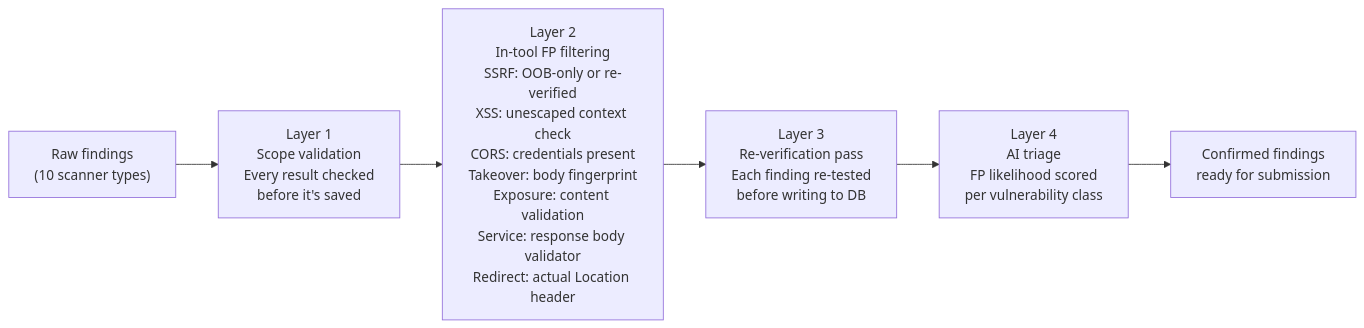
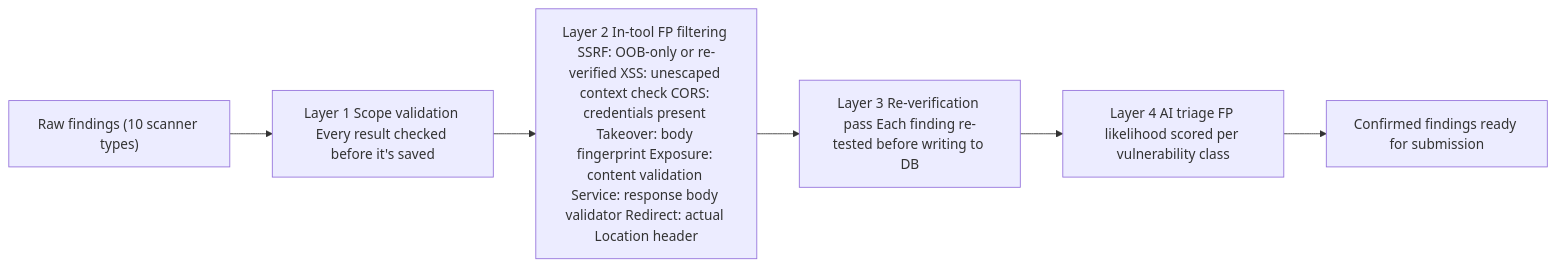
One commit to chegelawrence/liminal changed diagram 12 of 12 in README.md. Above: the diagram before and after it, drawn with Mermaid. The commit also changed other lines of this file, not shown here.

````diff
--- a/README.md
+++ b/README.md
@@ -1039,10 +1039,10 @@
 ```mermaid
 flowchart LR
-    RAW["Raw findings\n(10 scanner types)"]
+    RAW["Raw findings (10 scanner types)"]
 
-    RAW --> L1["Layer 1\nScope validation\nEvery result checked\nbefore it's saved"]
-    L1 --> L2["Layer 2\nIn-tool FP filtering\nSSRF: OOB-only or re-verified\nXSS: unescaped context check\nCORS: credentials present\nTakeover: body fingerprint\nExposure: content validation\nService: response body validator\nRedirect: actual Location header"]
-    L2 --> L3["Layer 3\nRe-verification pass\nEach finding re-tested\nbefore writing to DB"]
-    L3 --> L4["Layer 4\nAI triage\nFP likelihood scored\nper vulnerability class"]
-    L4 --> OUT["Confirmed findings\nready for submission"]
+    RAW --> L1["Layer 1 Scope validation Every result checked before it's saved"]
+    L1 --> L2["Layer 2 In-tool FP filtering SSRF: OOB-only or re-verified XSS: unescaped context check CORS: credentials present Takeover: body fingerprint Exposure: content validation Service: response body validator Redirect: actual Location header"]
+    L2 --> L3["Layer 3 Re-verification pass Each finding re-tested before writing to DB"]
+    L3 --> L4["Layer 4 AI triage FP likelihood scored per vulnerability class"]
+    L4 --> OUT["Confirmed findings ready for submission"]
 ```
````
